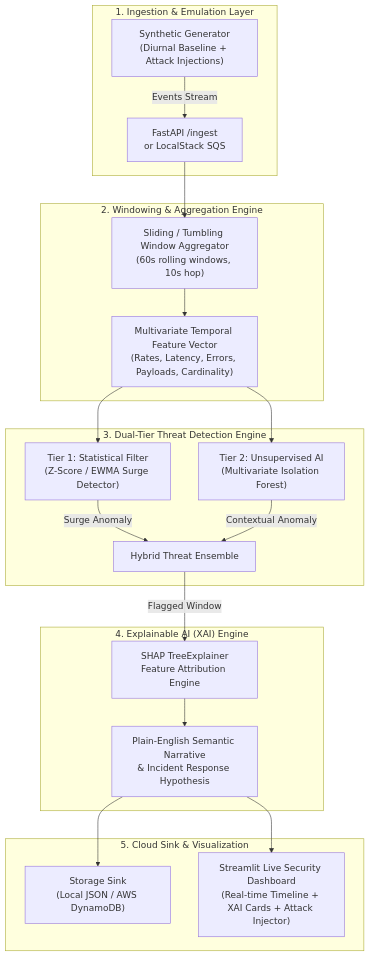
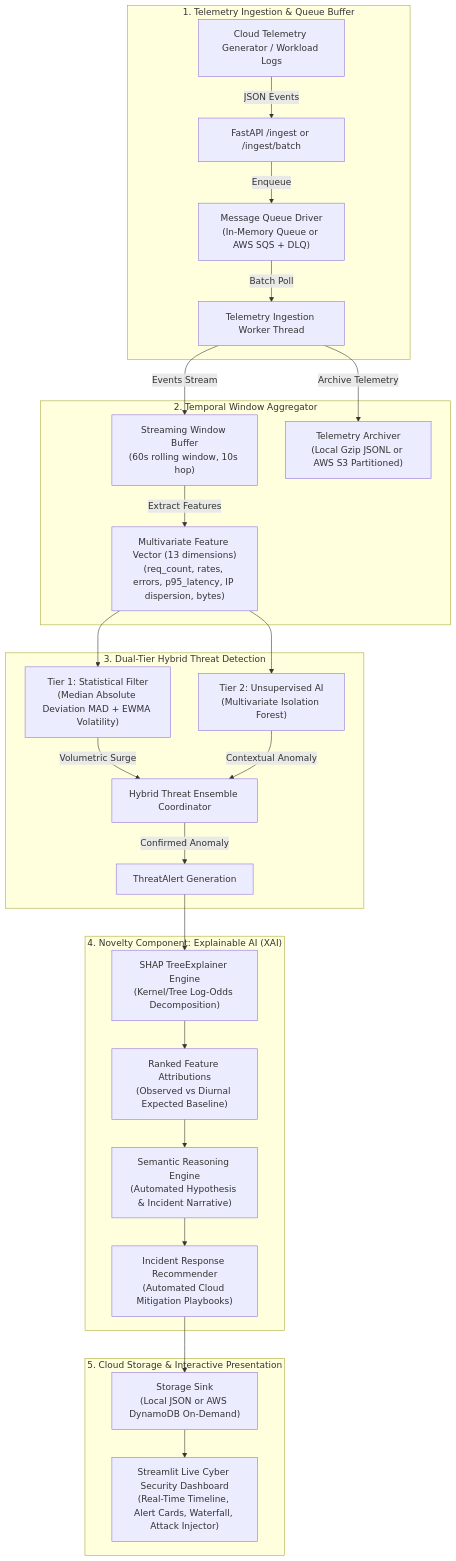
The diagram in README.md (Harshads-git/temporal-threat-detector), drawn with Mermaid before and after one commit. The commit also changed other lines of this file, not shown here.

Commit message:
docs: write comprehensive production README with architecture diagrams and API specs

````diff
--- a/README.md
+++ b/README.md
@@ -13,28 +17,34 @@
 ```mermaid
 flowchart TD
-    subgraph Data Layer ["1. Ingestion & Emulation Layer"]
-        A["Synthetic Generator\n(Diurnal Baseline + Attack Injections)"] -->|Events Stream| B["FastAPI /ingest\nor LocalStack SQS"]
+    subgraph Ingestion ["1. Telemetry Ingestion & Queue Buffer"]
+        A["Cloud Telemetry Generator / Workload Logs"] -->|JSON Events| B["FastAPI /ingest or /ingest/batch"]
+        B -->|Enqueue| C["Message Queue Driver\n(In-Memory Queue or AWS SQS + DLQ)"]
+        C -->|Batch Poll| D["Telemetry Ingestion Worker Thread"]
     end
 
-    subgraph Temporal Engine ["2. Windowing & Aggregation Engine"]
-        B --> C["Sliding / Tumbling Window Aggregator\n(60s rolling windows, 10s hop)"]
-        C --> D["Multivariate Temporal Feature Vector\n(Rates, Latency, Errors, Payloads, Cardinality)"]
+    subgraph Windowing ["2. Temporal Window Aggregator"]
+        D -->|Events Stream| E["Streaming Window Buffer\n(60s rolling window, 10s hop)"]
+        E -->|Extract Features| F["Multivariate Feature Vector (13 dimensions)\n(req_count, rates, errors, p95_latency, IP dispersion, bytes)"]
+        D -->|Archive Telemetry| G["Telemetry Archiver\n(Local Gzip JSONL or AWS S3 Partitioned)"]
     end
 
-    subgraph Dual Tier ["3. Dual-Tier Threat Detection Engine"]
-        D --> E["Tier 1: Statistical Filter\n(Z-Score / EWMA Surge Detector)"]
-        D --> F["Tier 2: Unsupervised AI\n(Multivariate Isolation Forest)"]
-        E -->|Surge Anomaly| G["Hybrid Threat Ensemble"]
-        F -->|Contextual Anomaly| G
+    subgraph Detection ["3. Dual-Tier Hybrid Threat Detection"]
+        F --> H["Tier 1: Statistical Filter\n(Median Absolute Deviation MAD + EWMA Volatility)"]
+        F --> I["Tier 2: Unsupervised AI\n(Multivariate Isolation Forest)"]
+        H -->|Volumetric Surge| J["Hybrid Threat Ensemble Coordinator"]
+        I -->|Contextual Anomaly| J
+        J -->|Confirmed Anomaly| K["ThreatAlert Generation"]
     end
 
-    subgraph XAI Novelty ["4. Explainable AI (XAI) Engine"]
-        G -->|Flagged Window| H["SHAP TreeExplainer\nFeature Attribution Engine"]
-        H --> I["Plain-English Semantic Narrative\n& Incident Response Hypothesis"]
+    subgraph Novelty ["4. Novelty Component: Explainable AI (XAI)"]
+        K --> L["SHAP TreeExplainer Engine\n(Kernel/Tree Log-Odds Decomposition)"]
+        L --> M["Ranked Feature Attributions\n(Observed vs Diurnal Expected Baseline)"]
+        M --> N["Semantic Reasoning Engine\n(Automated Hypothesis & Incident Narrative)"]
+        N --> O["Incident Response Recommender\n(Automated Cloud Mitigation Playbooks)"]
     end
 
-    subgraph Presentation ["5. Cloud Sink & Visualization"]
-        I --> J["Storage Sink\n(Local JSON / AWS DynamoDB)"]
-        I --> K["Streamlit Live Security Dashboard\n(Real-time Timeline + XAI Cards + Attack Injector)"]
+    subgraph Presentation ["5. Cloud Storage & Interactive Presentation"]
+        O --> P["Storage Sink\n(Local JSON or AWS DynamoDB On-Demand)"]
+        P --> Q["Streamlit Live Cyber Security Dashboard\n(Real-Time Timeline, Alert Cards, Waterfall, Attack Injector)"]
     end
 ```
````
